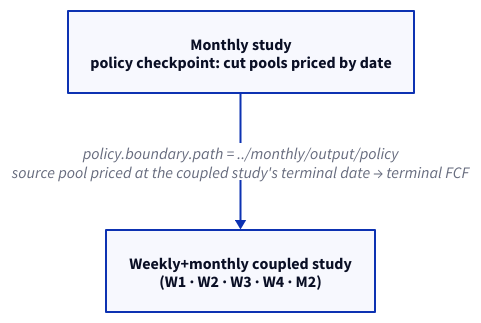
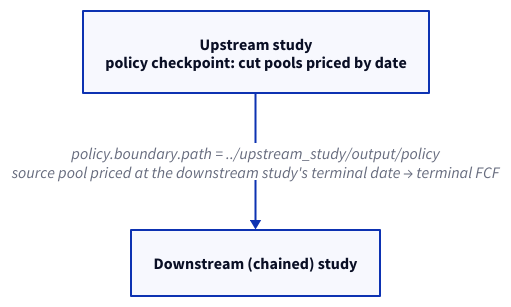
Before and after one commit to cobre-rs/cobre-docs: the diagram in src/content/docs/running/policy-management.mdx, drawn with D2. The commit also changed other lines of this file and 125 other files, not shown here.

````diff
--- a/src/content/docs/running/policy-management.mdx
+++ b/src/content/docs/running/policy-management.mdx
@@ -594,8 +649,8 @@
 ```d2
 direction: down
 
-monthly: "Monthly study\npolicy checkpoint: cut pools priced by date" {shape: rectangle}
-coupled: "Weekly+monthly coupled study\n(W1 · W2 · W3 · W4 · M2)" {shape: rectangle}
+upstream: "Upstream study\npolicy checkpoint: cut pools priced by date" {shape: rectangle}
+downstream: "Downstream (chained) study" {shape: rectangle}
 
-monthly -> coupled: "policy.boundary.path = ../monthly/output/policy\nsource pool priced at the coupled study's terminal date → terminal FCF"
+upstream -> downstream: "policy.boundary.path = ../upstream_study/output/policy\nsource pool priced at the downstream study's terminal date → terminal FCF"
 ```
````
